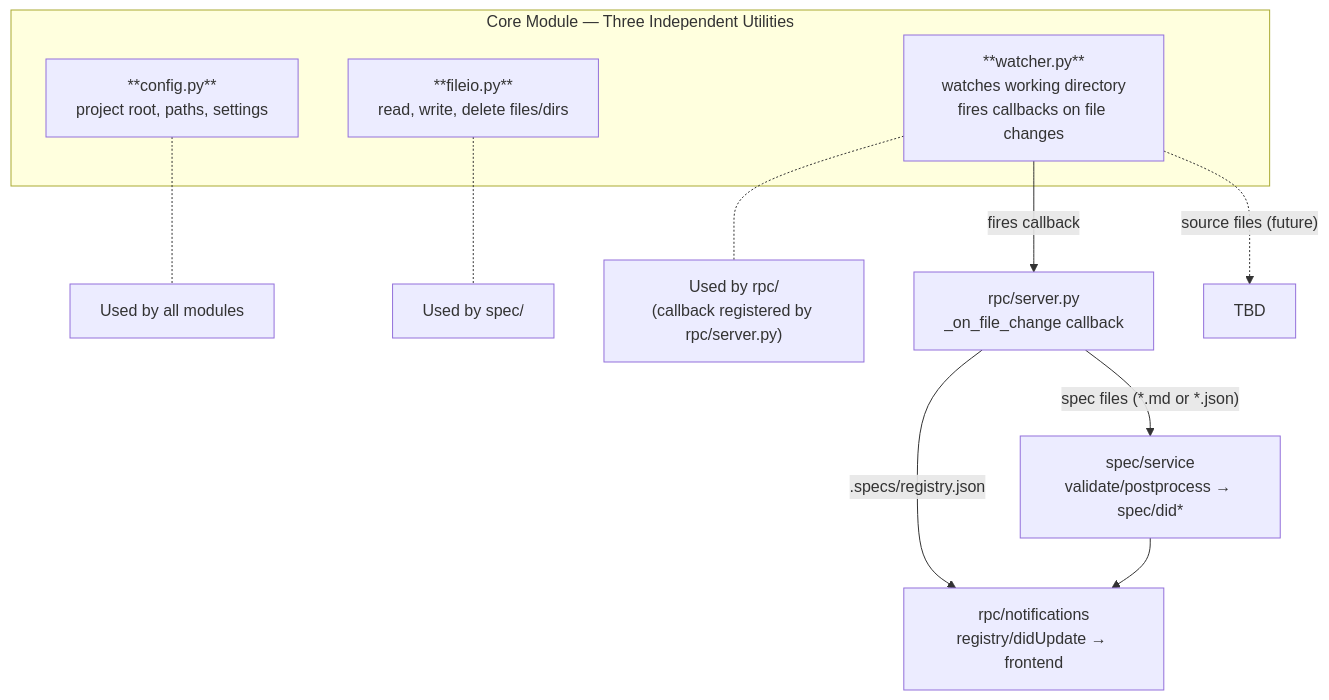
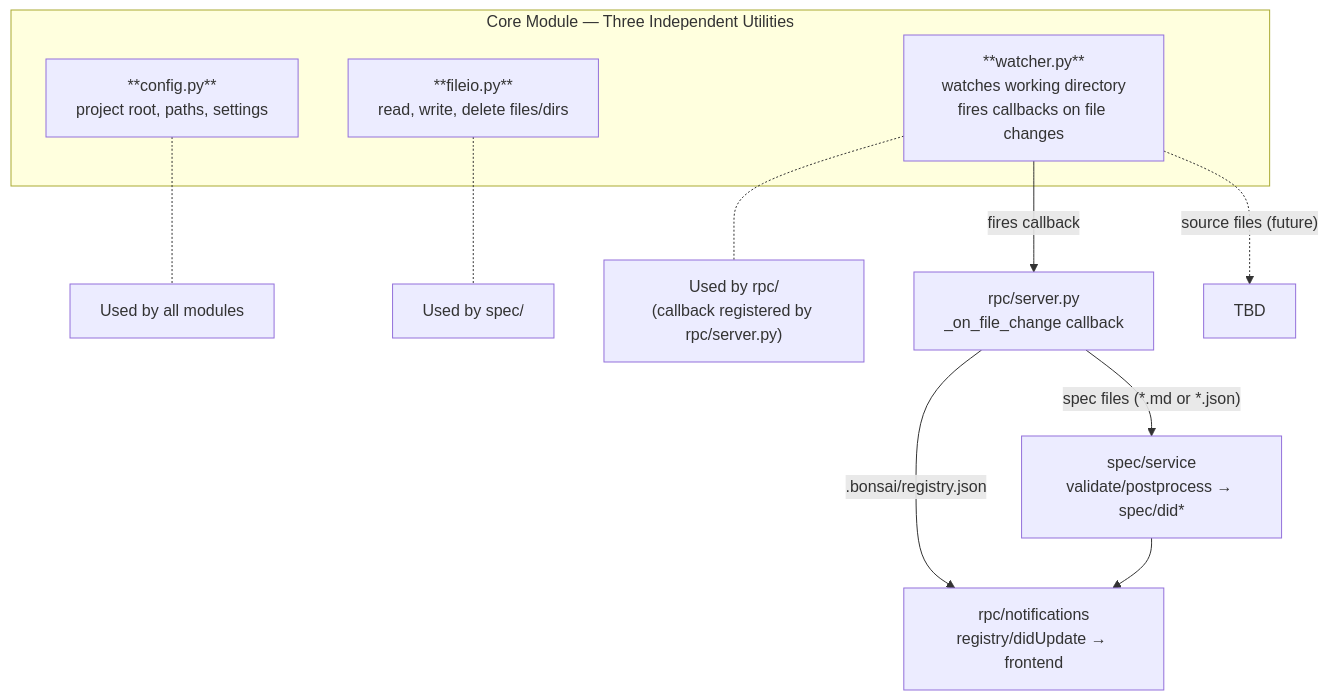
Before and after one commit to JetBrains/thinkrail: the diagram in backend/app/core/README.md, drawn with Mermaid. The commit also changed other lines of this file and 53 other files, not shown here.

Commit message:
.specs -> .bonsai

````diff
--- a/backend/app/core/README.md
+++ b/backend/app/core/README.md
@@ -37,18 +37,18 @@
 ```mermaid
 graph TD
     subgraph Core["Core Module — Three Independent Utilities"]
         Config["**config.py**<br/>project root, paths, settings"]
         FileIO["**fileio.py**<br/>read, write, delete files/dirs"]
         Watcher["**watcher.py**<br/>watches working directory<br/>fires callbacks on file changes"]
     end
 
     Config -.- AllMods["Used by all modules"]
     FileIO -.- SpecOnly["Used by spec/"]
     Watcher -.- RPC["Used by rpc/<br/>(callback registered by rpc/server.py)"]
 
     Watcher -- "fires callback" --> RPCCb["rpc/server.py<br/>_on_file_change callback"]
     RPCCb -- "spec files (*.md or *.json)" --> SpecSvc["spec/service<br/>validate/postprocess → spec/did*"]
-    RPCCb -- ".specs/registry.json" --> Notify["rpc/notifications<br/>registry/didUpdate → frontend"]
+    RPCCb -- ".bonsai/registry.json" --> Notify["rpc/notifications<br/>registry/didUpdate → frontend"]
     SpecSvc --> Notify
     Watcher -. "source files (future)" .-> TBD["TBD"]
 ```
````
